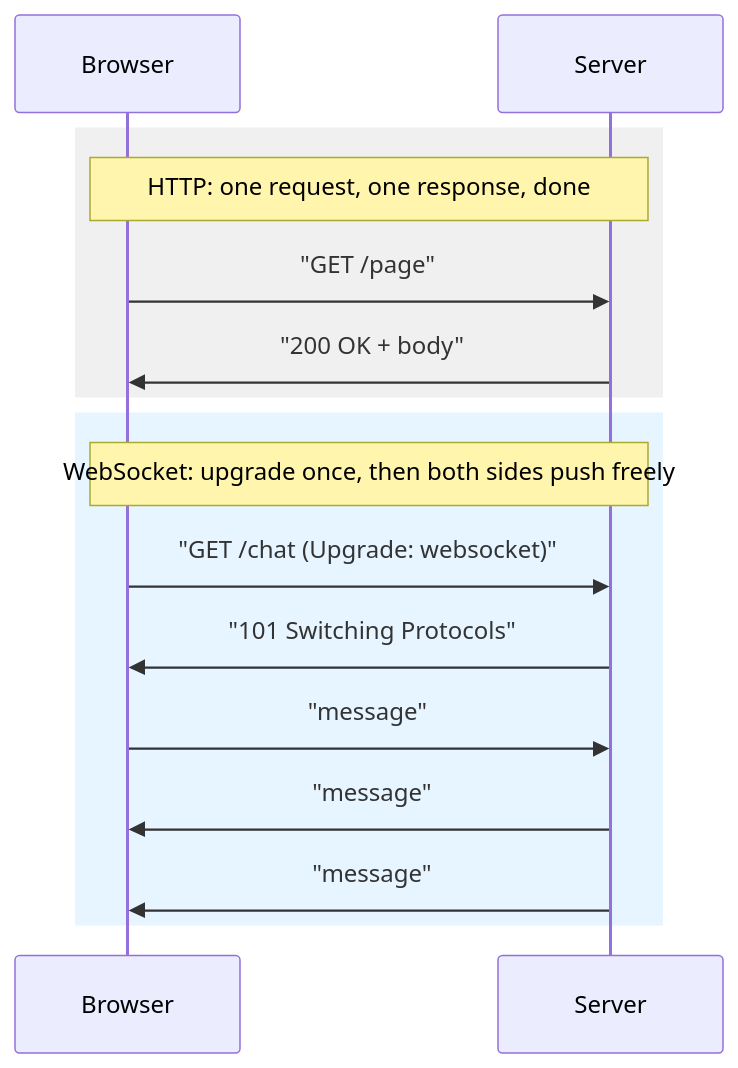
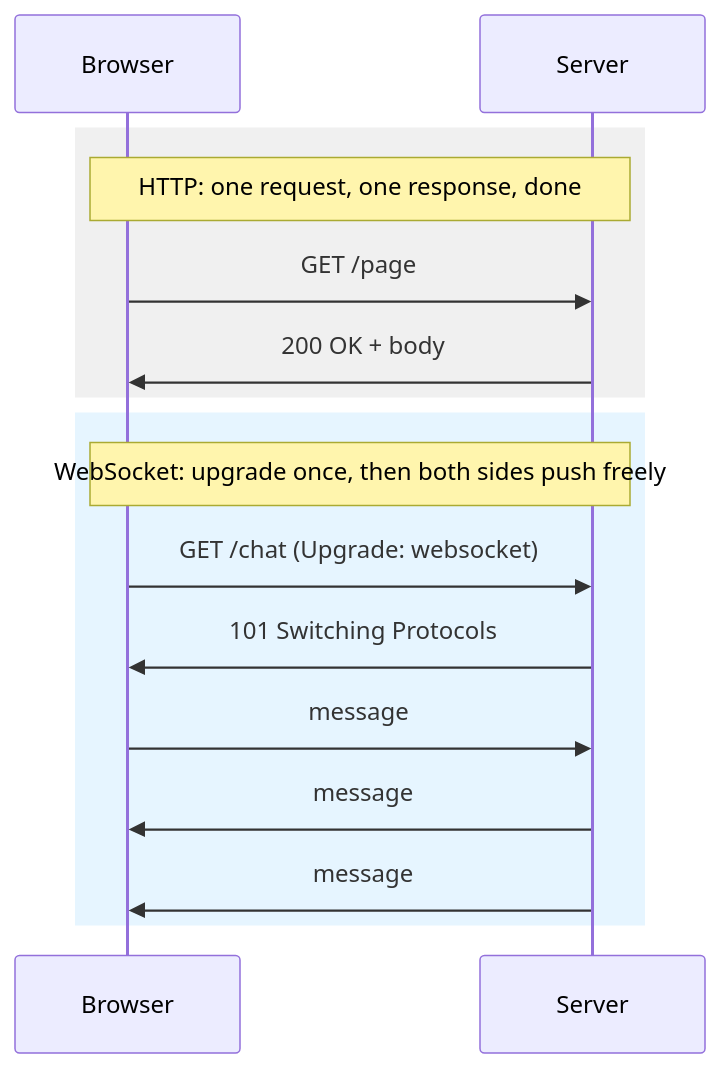
One commit to Shettysai/prepperly-content changed the diagram in phases/04-networking/http-https-websockets.md. Above: the diagram before and after it, drawn with Mermaid. The commit also changed 9 other files, not shown here.

First line of the commit message:
Fix quote marks rendering literally in sequence diagrams

````diff
--- a/phases/04-networking/http-https-websockets.md
+++ b/phases/04-networking/http-https-websockets.md
@@ -41,18 +41,18 @@
 ```mermaid
 sequenceDiagram
   participant B as Browser
   participant S as Server
   rect rgb(240, 240, 240)
   Note over B,S: HTTP: one request, one response, done
-  B->>S: "GET /page"
-  S->>B: "200 OK + body"
+  B->>S: GET /page
+  S->>B: 200 OK + body
   end
   rect rgb(230, 245, 255)
   Note over B,S: WebSocket: upgrade once, then both sides push freely
-  B->>S: "GET /chat (Upgrade: websocket)"
-  S->>B: "101 Switching Protocols"
-  B->>S: "message"
-  S->>B: "message"
-  S->>B: "message"
+  B->>S: GET /chat (Upgrade: websocket)
+  S->>B: 101 Switching Protocols
+  B->>S: message
+  S->>B: message
+  S->>B: message
   end
 ```
````
